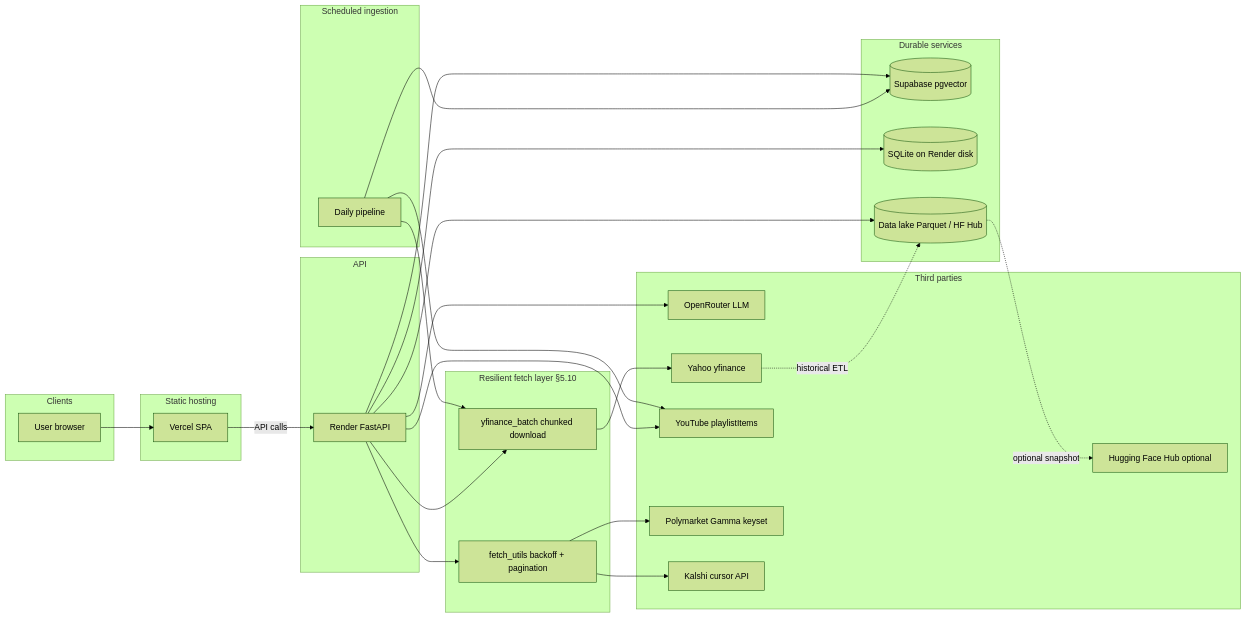
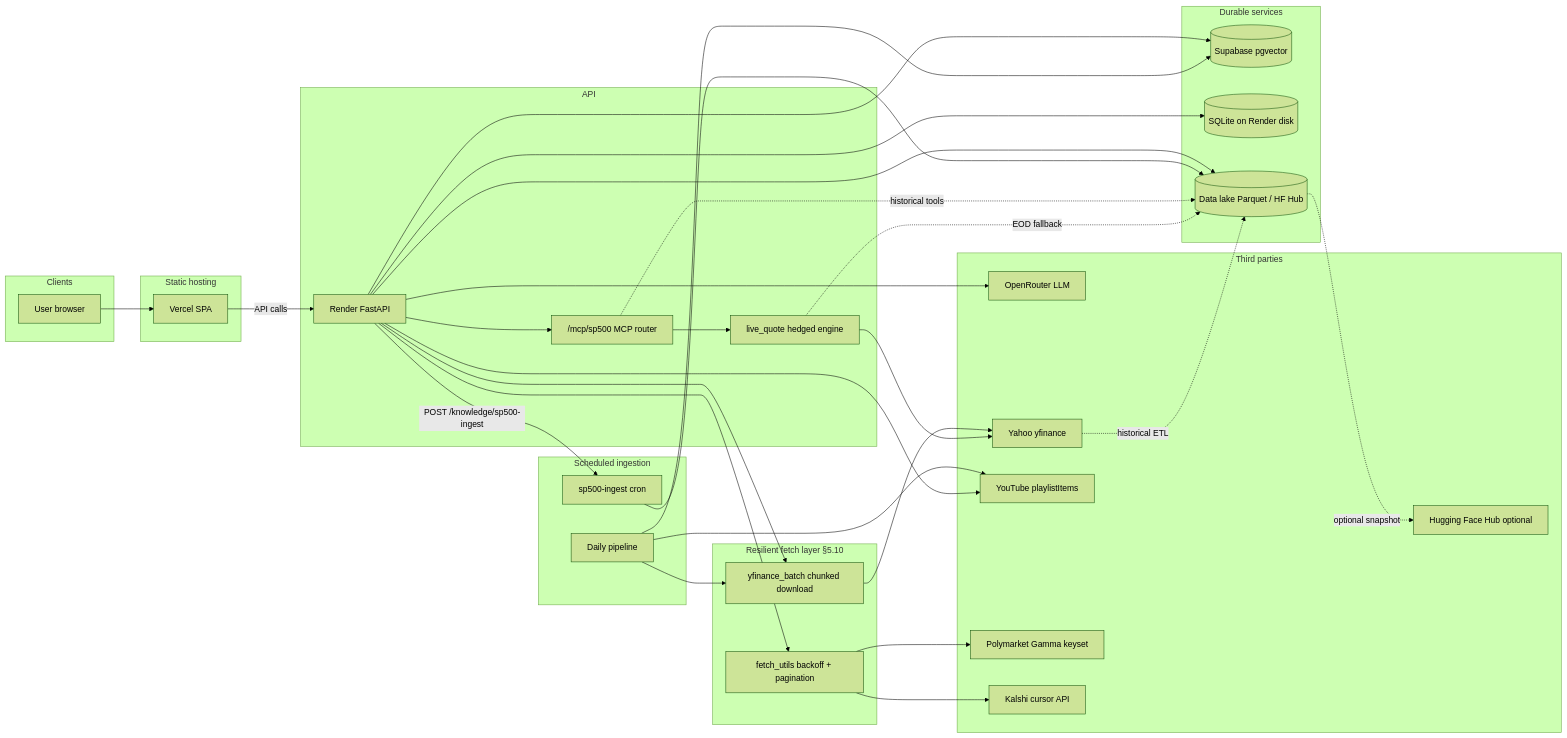
Before and after one commit to manojsilwal/tradetalkapp: the third of 5 diagrams in docs/ARCHITECTURE.md, drawn with Mermaid (forest theme). The commit also changed other lines of this file and 72 other files, not shown here.

First line of the commit message:
Ship Data Trust Layer, live quotes, and MiniMax OpenRouter defaults.

````diff
--- a/docs/ARCHITECTURE.md
+++ b/docs/ARCHITECTURE.md
@@ -372,49 +435,59 @@
 ```mermaid
 flowchart LR
   subgraph clients [Clients]
     U[User browser]
   end
   subgraph cdn [Static hosting]
     V[Vercel SPA]
   end
   subgraph api [API]
     R[Render FastAPI]
+    MCP["/mcp/sp500 MCP router"]
+    LQ[live_quote hedged engine]
   end
   subgraph stores [Durable services]
     SB[(Supabase pgvector)]
     SQL[(SQLite on Render disk)]
     DL[(Data lake Parquet / HF Hub)]
   end
   subgraph ingest [Scheduled ingestion]
     DP[Daily pipeline]
+    SP500[sp500-ingest cron]
   end
   subgraph fetch [Resilient fetch layer §5.10]
     YB[yfinance_batch chunked download]
     FU[fetch_utils backoff + pagination]
   end
   subgraph vendors [Third parties]
     OR[OpenRouter LLM]
     YF[Yahoo yfinance]
     YT[YouTube playlistItems]
     PM[Polymarket Gamma keyset]
     KA[Kalshi cursor API]
     HF[Hugging Face Hub optional]
   end
   U --> V
   V -->|API calls| R
+  R --> MCP
+  MCP --> LQ
+  LQ --> YF
+  LQ -.->|EOD fallback| DL
+  MCP -.->|historical tools| DL
   R --> OR
   R --> YB
   YB --> YF
   R --> FU
   FU --> PM
   FU --> KA
   R --> YT
   DP --> YB
   DP --> YT
   DP --> SB
+  SP500 --> DL
+  R -->|POST /knowledge/sp500-ingest| SP500
   R --> SB
   R --> SQL
   R --> DL
   DL -.->|optional snapshot| HF
   YF -.->|historical ETL| DL
 ```
````
